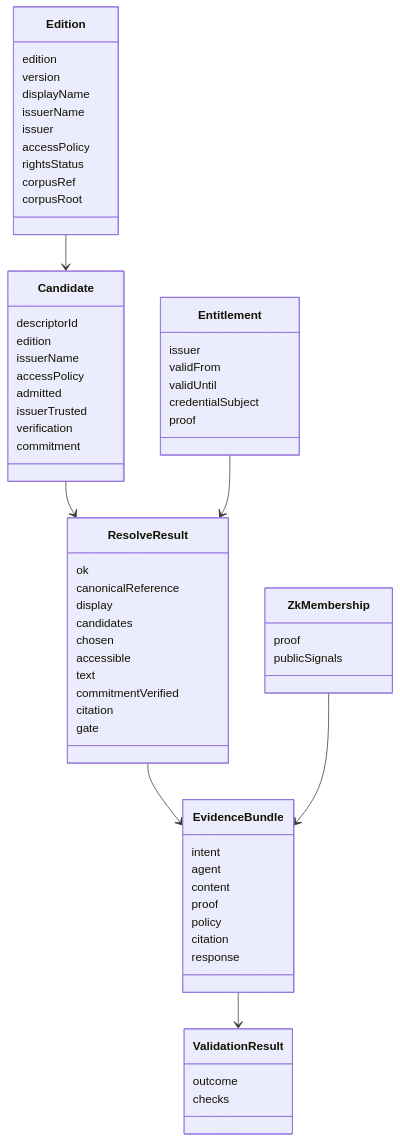
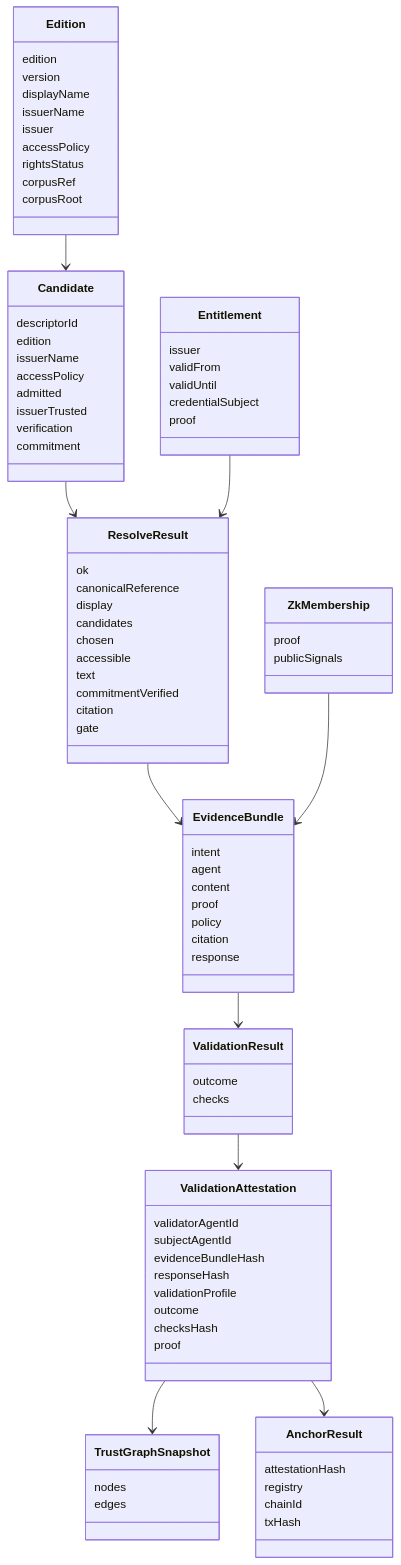
The third of 7 diagrams in documents/technical-architecture.md (rpedersen3/verifiable-content-demo), drawn with Mermaid before and after one commit. The commit also changed other lines of this file and 13 other files, not shown here.

````diff
--- a/documents/technical-architecture.md
+++ b/documents/technical-architecture.md
@@ -196,10 +220,36 @@
     checks
   }
 
+  class ValidationAttestation {
+    validatorAgentId
+    subjectAgentId
+    evidenceBundleHash
+    responseHash
+    validationProfile
+    outcome
+    checksHash
+    proof
+  }
+
+  class TrustGraphSnapshot {
+    nodes
+    edges
+  }
+
+  class AnchorResult {
+    attestationHash
+    registry
+    chainId
+    txHash
+  }
+
   Edition --> Candidate
   Candidate --> ResolveResult
   Entitlement --> ResolveResult
   ResolveResult --> EvidenceBundle
   ZkMembership --> EvidenceBundle
   EvidenceBundle --> ValidationResult
+  ValidationResult --> ValidationAttestation
+  ValidationAttestation --> TrustGraphSnapshot
+  ValidationAttestation --> AnchorResult
 ```
````
